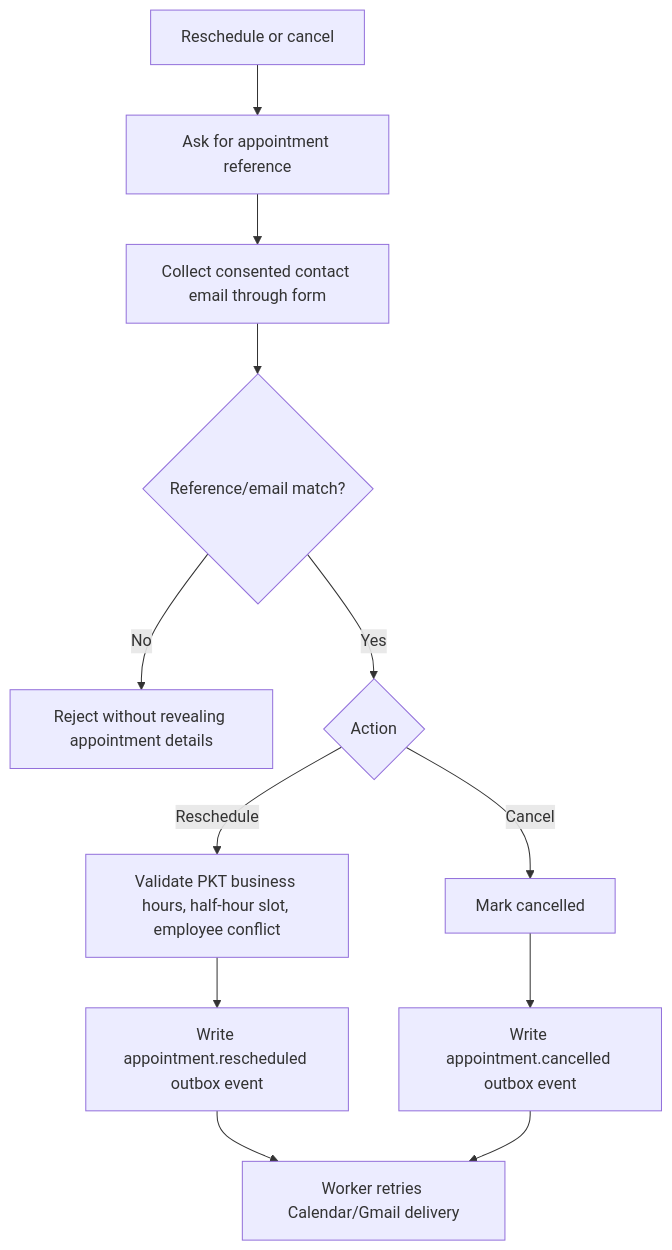
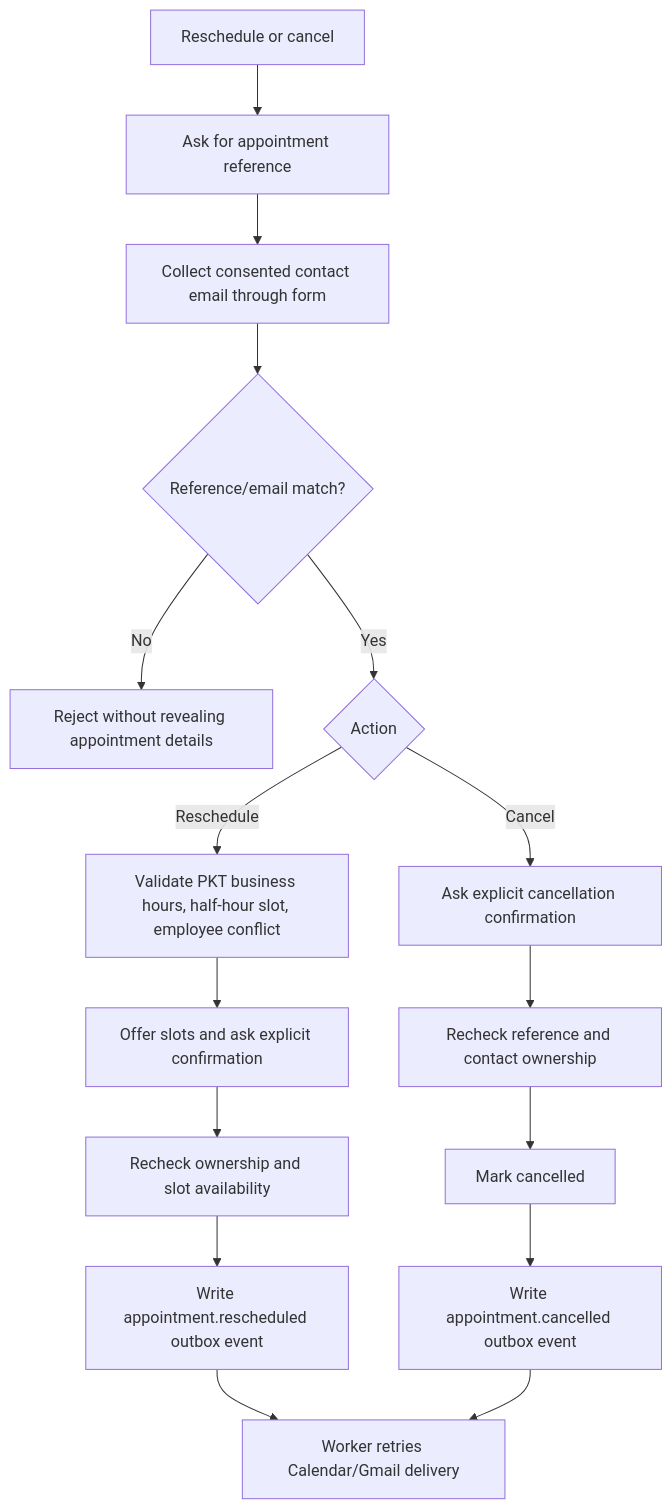
Before and after one commit to armishiqbal/AI-voice-agent: the fourth of 5 diagrams in docs/CONVERSATION_FLOWS.md, drawn with Mermaid. The commit also changed other lines of this file and 136 other files, not shown here.

````diff
--- a/docs/CONVERSATION_FLOWS.md
+++ b/docs/CONVERSATION_FLOWS.md
@@ -57,14 +58,18 @@
 ```mermaid
 flowchart TD
   A[Reschedule or cancel] --> B[Ask for appointment reference]
   B --> C[Collect consented contact email through form]
   C --> D{Reference/email match?}
   D -- No --> E[Reject without revealing appointment details]
   D -- Yes --> F{Action}
   F -- Reschedule --> G[Validate PKT business hours, half-hour slot, employee conflict]
-  F -- Cancel --> H[Mark cancelled]
-  G --> I[Write appointment.rescheduled outbox event]
+  F -- Cancel --> CONF[Ask explicit cancellation confirmation]
+  CONF --> RECHECK[Recheck reference and contact ownership]
+  RECHECK --> H[Mark cancelled]
+  G --> CONF2[Offer slots and ask explicit confirmation]
+  CONF2 --> RECHECK2[Recheck ownership and slot availability]
+  RECHECK2 --> I[Write appointment.rescheduled outbox event]
   H --> J[Write appointment.cancelled outbox event]
   I --> K[Worker retries Calendar/Gmail delivery]
   J --> K
 ```
````
